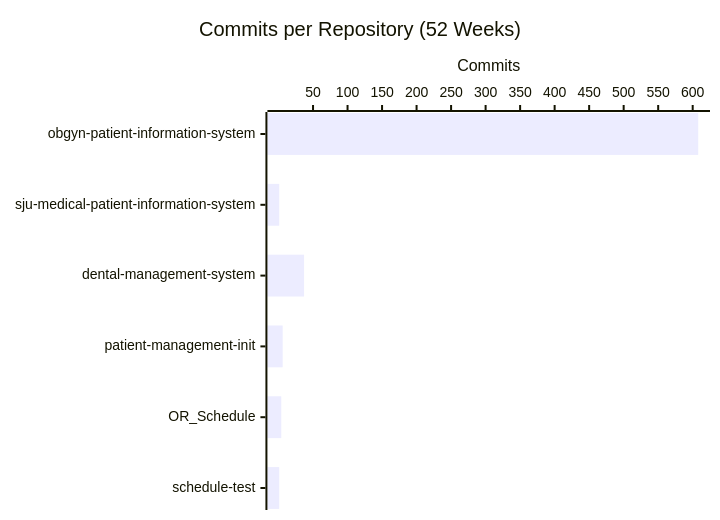
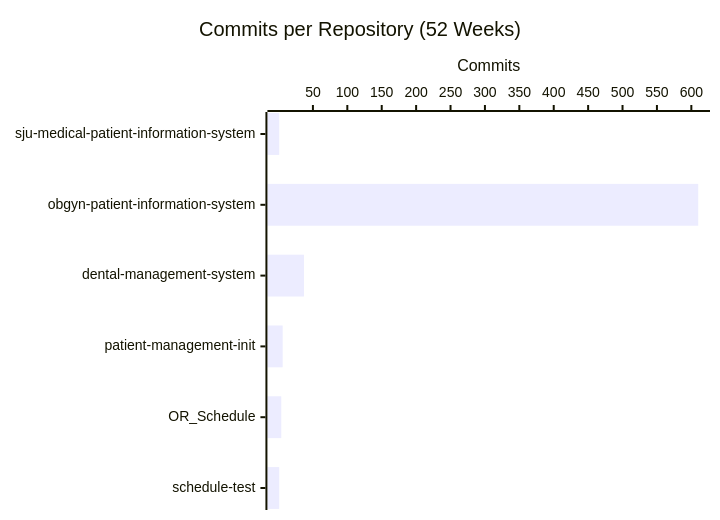
The second of 4 diagrams in profile/README.md (CSTH-Projects/.github), drawn with Mermaid before and after one commit. The commit also changed other lines of this file, not shown here.

````diff
--- a/profile/README.md
+++ b/profile/README.md
@@ -24,7 +24,7 @@
 ```mermaid
 xychart-beta horizontal
     title "Commits per Repository (52 Weeks)"
-    x-axis ["obgyn-patient-information-system", "sju-medical-patient-information-system", "dental-management-system", "patient-management-init", "OR_Schedule", "schedule-test"]
+    x-axis ["sju-medical-patient-information-system", "obgyn-patient-information-system", "dental-management-system", "patient-management-init", "OR_Schedule", "schedule-test"]
     y-axis "Commits"
-    bar [608, 1, 37, 6, 4, 1]
+    bar [1, 610, 37, 6, 4, 1]
 ```
````
